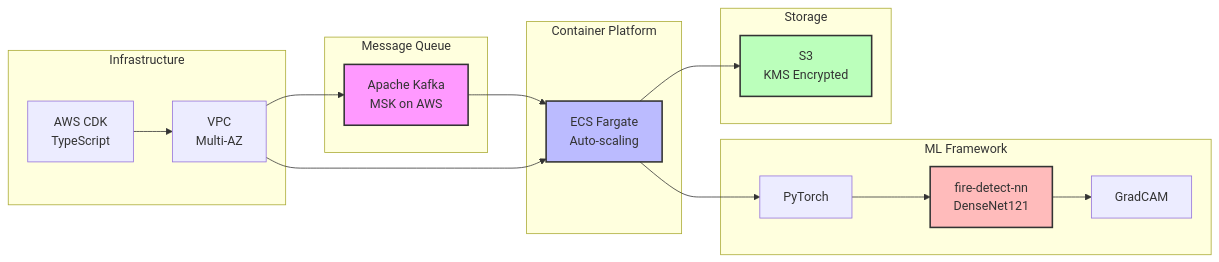
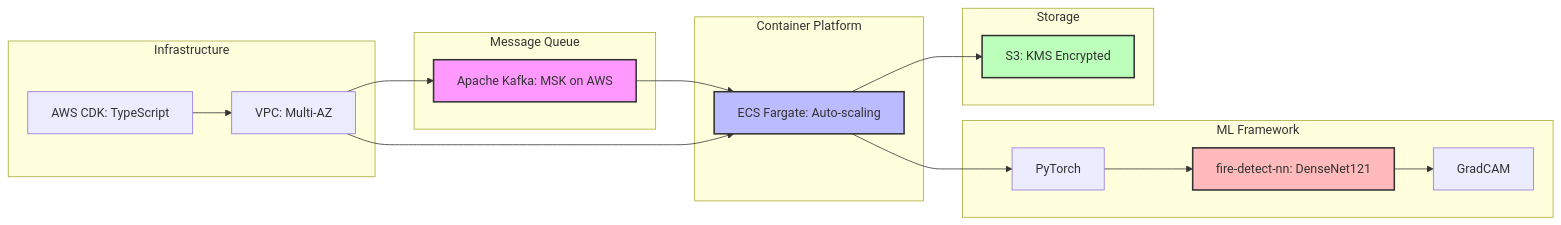
The sixth of 8 diagrams in docs/ARCHITECTURE_DIAGRAM.md (raghuselvaraj/FireWatch), drawn with Mermaid before and after one commit. The commit also changed other lines of this file and 4 other files, not shown here.

````diff
--- a/docs/ARCHITECTURE_DIAGRAM.md
+++ b/docs/ARCHITECTURE_DIAGRAM.md
@@ -252,39 +252,39 @@
 ```mermaid
 graph LR
     subgraph "Message Queue"
-        K[Apache Kafka<br/>MSK on AWS]
+        K["Apache Kafka: MSK on AWS"]
     end
 
     subgraph "ML Framework"
         P[PyTorch]
-        F[fire-detect-nn<br/>DenseNet121]
+        F["fire-detect-nn: DenseNet121"]
         G[GradCAM]
         P --> F
         F --> G
     end
 
     subgraph "Container Platform"
-        E[ECS Fargate<br/>Auto-scaling]
+        E["ECS Fargate: Auto-scaling"]
     end
 
     subgraph "Storage"
-        S[S3<br/>KMS Encrypted]
+        S["S3: KMS Encrypted"]
     end
 
     subgraph "Infrastructure"
-        CDK[AWS CDK<br/>TypeScript]
-        VPC[VPC<br/>Multi-AZ]
+        CDK["AWS CDK: TypeScript"]
+        VPC["VPC: Multi-AZ"]
     end
 
     K --> E
     E --> P
     E --> S
     CDK --> VPC
     VPC --> E
     VPC --> K
 
     style K fill:#f9f,stroke:#333,stroke-width:2px
     style F fill:#fbb,stroke:#333,stroke-width:2px
     style E fill:#bbf,stroke:#333,stroke-width:2px
     style S fill:#bfb,stroke:#333,stroke-width:2px
 ```
````
